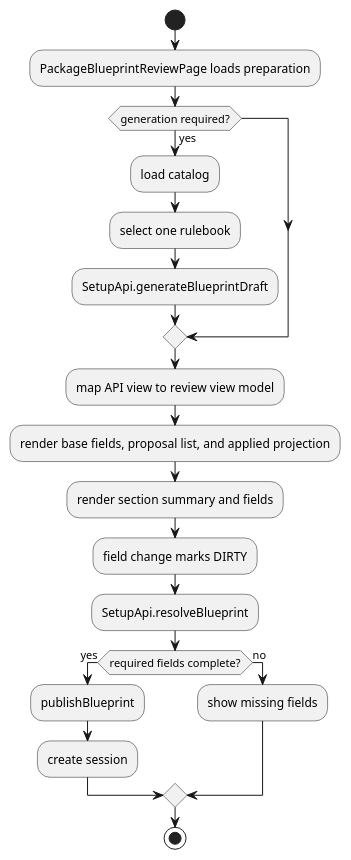
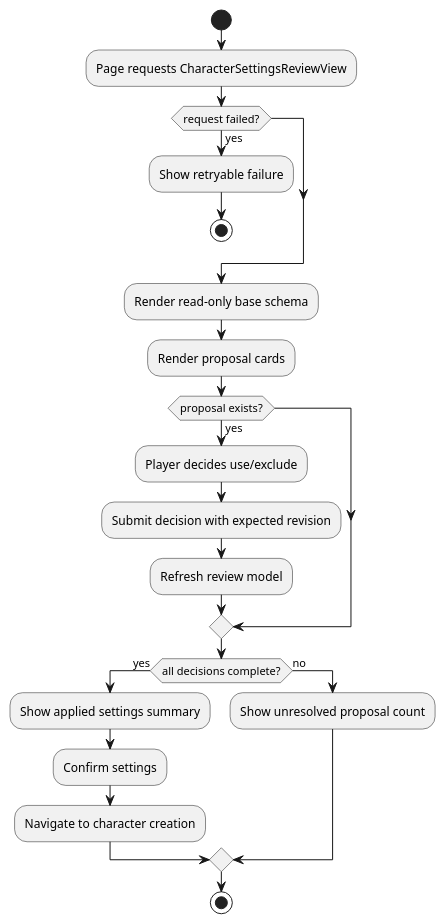
Before and after one commit to omegafrog/dnd-master: the fourth of 4 diagrams in docs/specs/architecture-spec.md, drawn with PlantUML. The commit also changed other lines of this file and 6 other files, not shown here.

Commit message:
docs: split character settings review into implementation slices

````diff
--- a/docs/specs/architecture-spec.md
+++ b/docs/specs/architecture-spec.md
@@ -225,23 +218,25 @@
 ```plantuml
 @startuml
 start
-:PackageBlueprintReviewPage loads preparation;
-if (generation required?) then (yes)
-  :load catalog;
-  :select one rulebook;
-  :SetupApi.generateBlueprintDraft;
+:Page requests CharacterSettingsReviewView;
+if (request failed?) then (yes)
+  :Show retryable failure;
+  stop
 endif
-:map API view to review view model;
-:render base fields, proposal list, and applied projection;
-:render section summary and fields;
-:field change marks DIRTY;
-:SetupApi.resolveBlueprint;
-if (required fields complete?) then (yes)
-  :publishBlueprint;
-  :create session;
+:Render read-only base schema;
+:Render proposal cards;
+if (proposal exists?) then (yes)
+  :Player decides use/exclude;
+  :Submit decision with expected revision;
+  :Refresh review model;
+endif
+if (all decisions complete?) then (yes)
+  :Show applied settings summary;
+  :Confirm settings;
+  :Navigate to character creation;
 else (no)
-  :show missing fields;
+  :Show unresolved proposal count;
 endif
 stop
 @enduml
 ```
````
